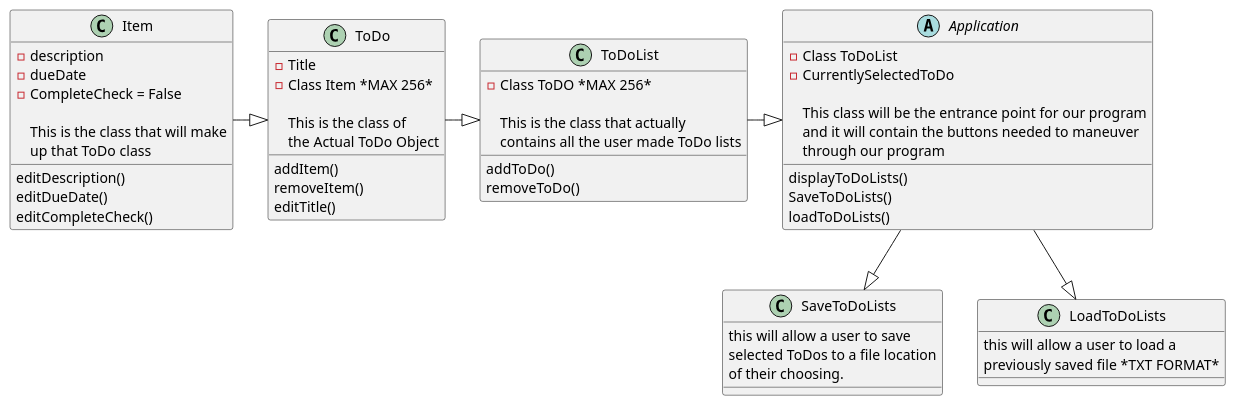
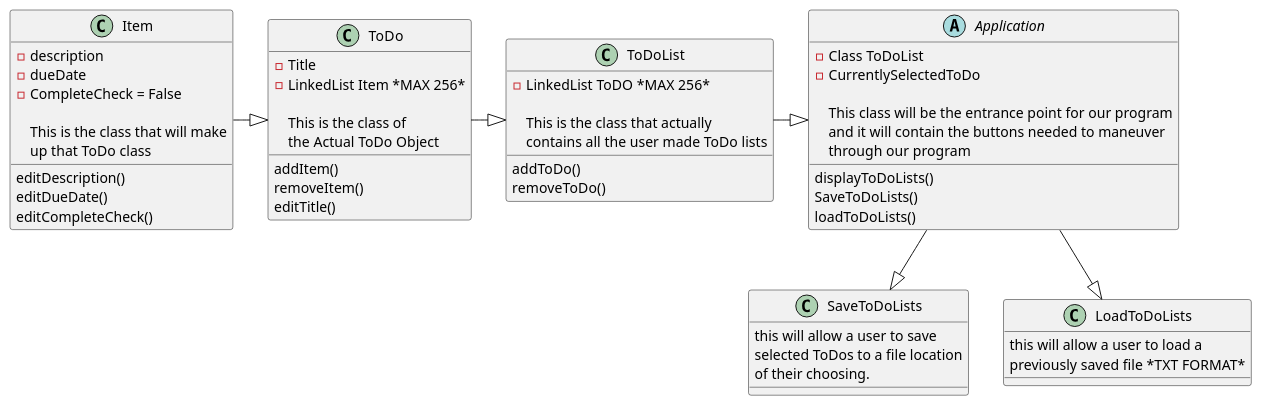
One commit to JOLeary5/OLeary-app1- changed the diagram in Application/Docs/Application.puml. Above: the diagram before and after it, drawn with PlantUML. The commit also changed 14 other files, not shown here.

```diff
--- a/Application/Docs/Application.puml
+++ b/Application/Docs/Application.puml
@@ -1,69 +1,69 @@
 @startuml
 'https://plantuml.com/class-diagram
 abstract class Item
 abstract class ToDo
 ToDoList -|> Application
 ToDo -|> ToDoList
 Item -|> ToDo
 
 Application --|> SaveToDoLists
 Application --|> LoadToDoLists
 class Item{
 - description
 - dueDate
 - CompleteCheck = False
 
 This is the class that will make
 up that ToDo class
 editDescription()
 editDueDate()
 editCompleteCheck()
 }
 
 class ToDo{
 -Title
--Class Item *MAX 256*
+-LinkedList Item *MAX 256*
 
 This is the class of
 the Actual ToDo Object
 
 addItem()
 removeItem()
 editTitle()
 }
 
 class ToDoList{
--Class ToDO *MAX 256*
+-LinkedList ToDO *MAX 256*
 
 This is the class that actually
 contains all the user made ToDo lists
 addToDo()
 removeToDo()
 }
 
 abstract class Application {
  - Class ToDoList
  - CurrentlySelectedToDo
 
  This class will be the entrance point for our program
  and it will contain the buttons needed to maneuver
  through our program
 
 
  displayToDoLists()
  SaveToDoLists()
  loadToDoLists()
  }
 
  class SaveToDoLists{
  this will allow a user to save
  selected ToDos to a file location
  of their choosing.
  }
 
  class LoadToDoLists{
  this will allow a user to load a
  previously saved file *TXT FORMAT*
 
  }
  @enduml
```
